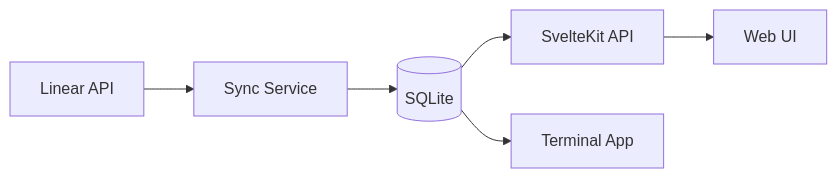
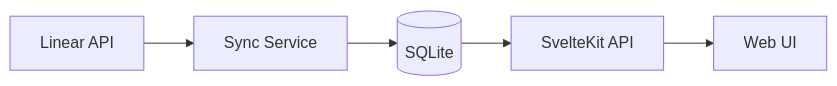
The diagram in docs/architecture.md (Latermedia/linearbot), drawn with Mermaid before and after one commit. The commit also changed other lines of this file and 25 other files, not shown here.

````diff
--- a/docs/architecture.md
+++ b/docs/architecture.md
@@ -5,8 +5,7 @@
 ```mermaid
 flowchart LR
     Linear[Linear API] --> Sync[Sync Service]
     Sync --> DB[(SQLite)]
     DB --> API[SvelteKit API]
     API --> Web[Web UI]
-    DB --> CLI[Terminal App]
 ```
````
